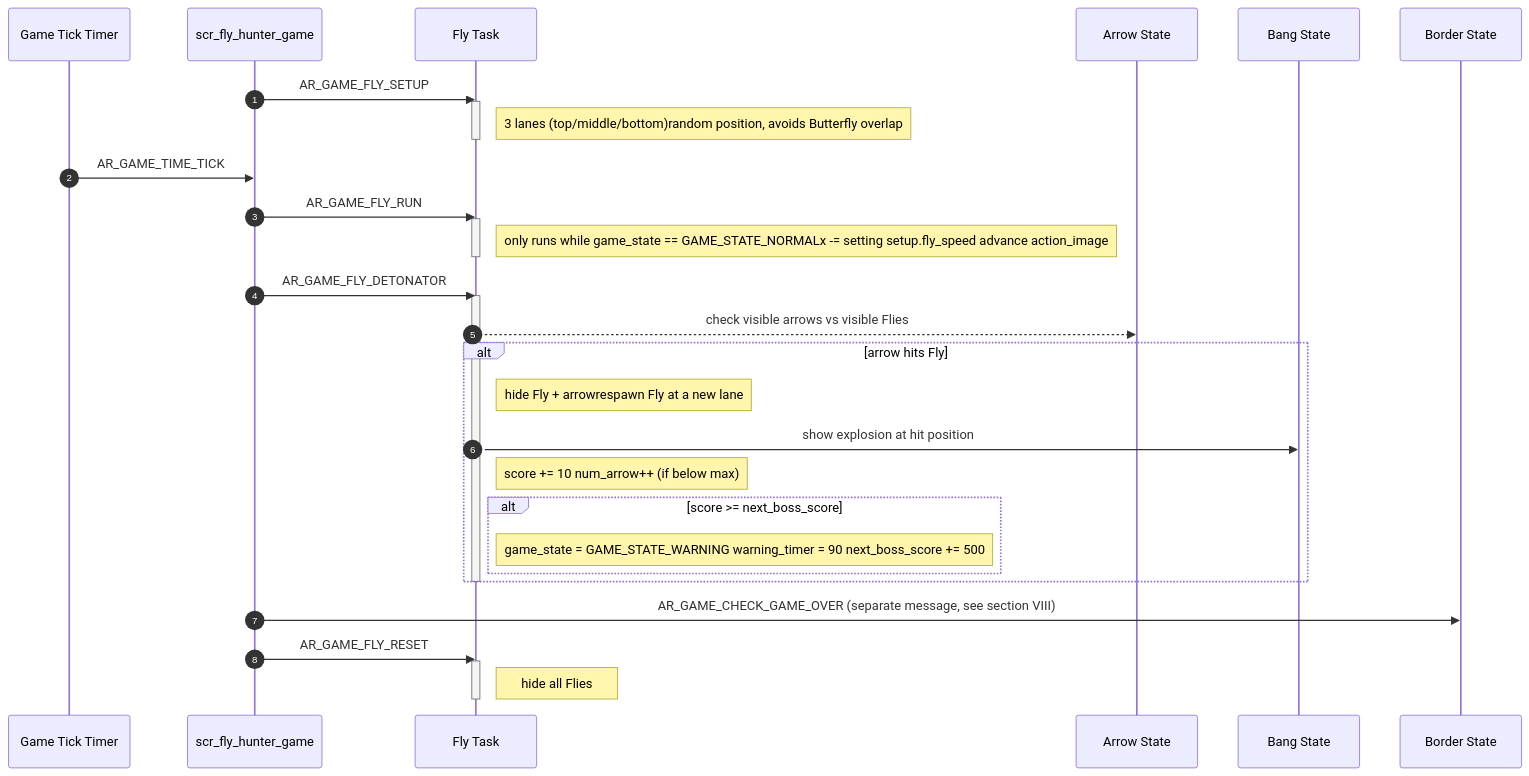
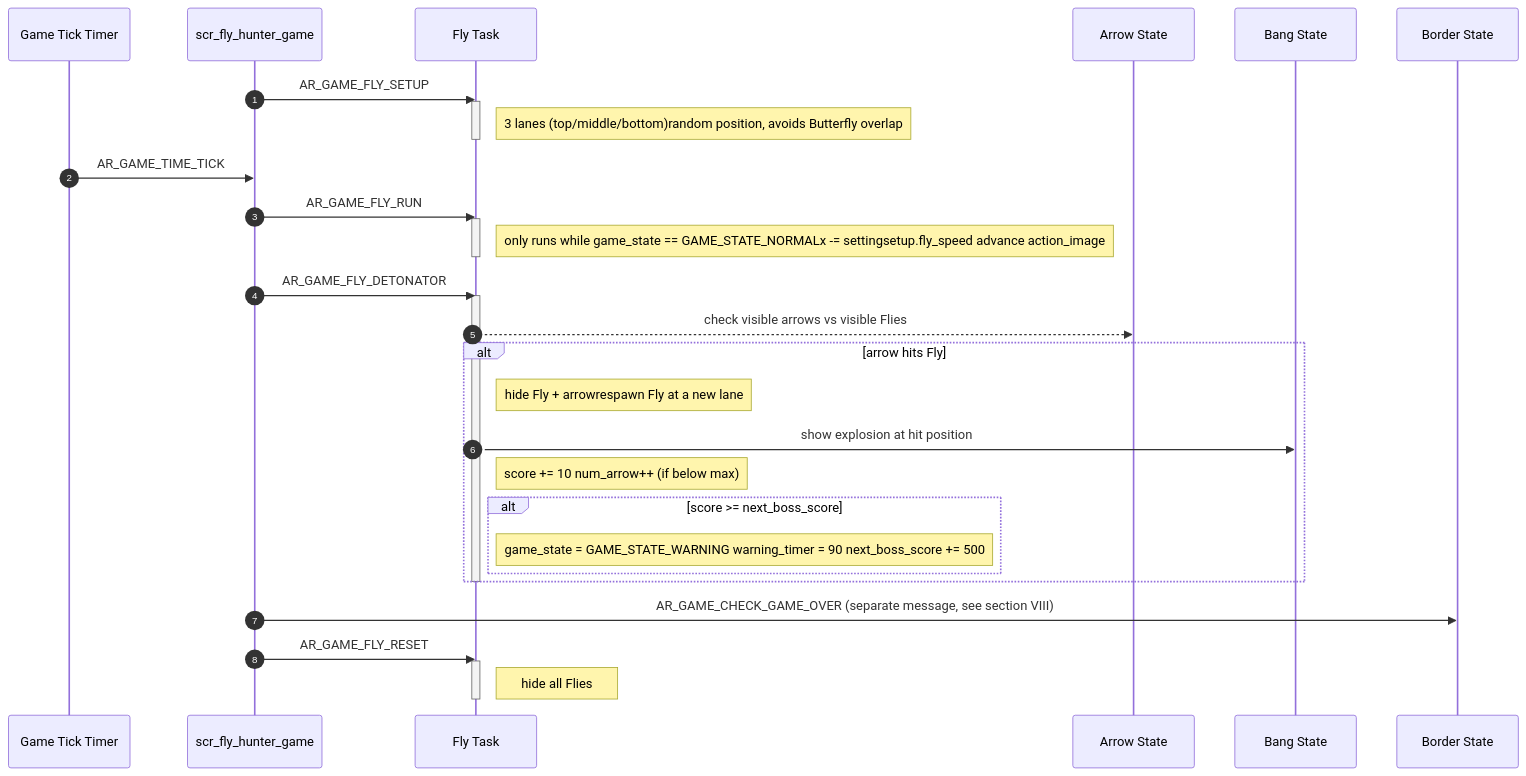
Before and after one commit to PhanVanTranh/Fly_Hunter_Game: the third of 8 diagrams in docs/03-design-sequence-object.md, drawn with Mermaid.

Commit message:
Correct typo in Fly activation note
Fix typo in note regarding Fly activation conditions.

````diff
--- a/docs/03-design-sequence-object.md
+++ b/docs/03-design-sequence-object.md
@@ -110,41 +110,41 @@
 ```mermaid
 sequenceDiagram
     autonumber
     participant Timer as Game Tick Timer
     participant Screen as scr_fly_hunter_game
     participant Fly as Fly Task
     participant Arrow as Arrow State
     participant Bang as Bang State
     participant Border as Border State
 
     Screen->>Fly: AR_GAME_FLY_SETUP
     activate Fly
     Note right of Fly: 3 lanes (top/middle/bottom)random position, avoids Butterfly overlap
     deactivate Fly
 
     Timer->>Screen: AR_GAME_TIME_TICK
     Screen->>Fly: AR_GAME_FLY_RUN
     activate Fly
-    Note right of Fly: only runs while game_state == GAME_STATE_NORMALx -= setting setup.fly_speed advance action_image
+    Note right of Fly: only runs while game_state == GAME_STATE_NORMALx -= settingsetup.fly_speed advance action_image
     deactivate Fly
 
     Screen->>Fly: AR_GAME_FLY_DETONATOR
     activate Fly
     Fly-->>Arrow: check visible arrows vs visible Flies
     alt arrow hits Fly
         Note right of Fly: hide Fly + arrowrespawn Fly at a new lane
         Fly->>Bang: show explosion at hit position
         Note right of Fly: score += 10 num_arrow++ (if below max)
         alt score >= next_boss_score
             Note right of Fly: game_state = GAME_STATE_WARNING warning_timer = 90 next_boss_score += 500
         end
     end
     deactivate Fly
 
     Screen->>Border: AR_GAME_CHECK_GAME_OVER (separate message, see section VIII)
 
     Screen->>Fly: AR_GAME_FLY_RESET
     activate Fly
     Note right of Fly: hide all Flies
     deactivate Fly
 ```
````
